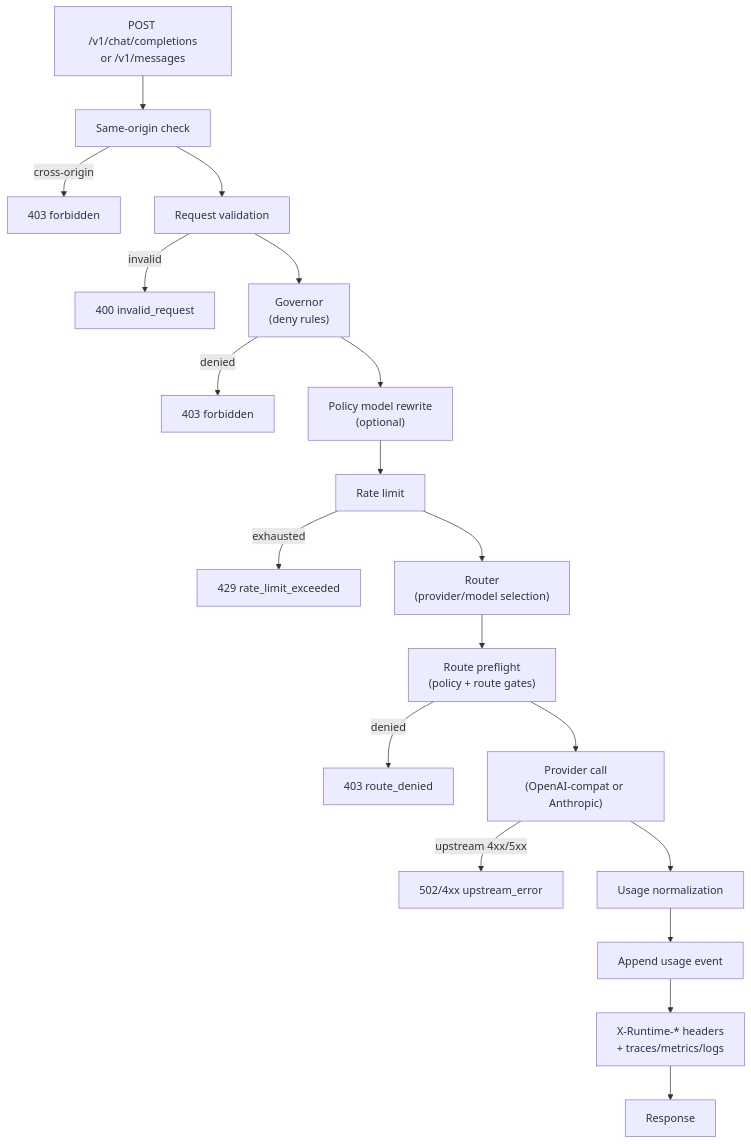
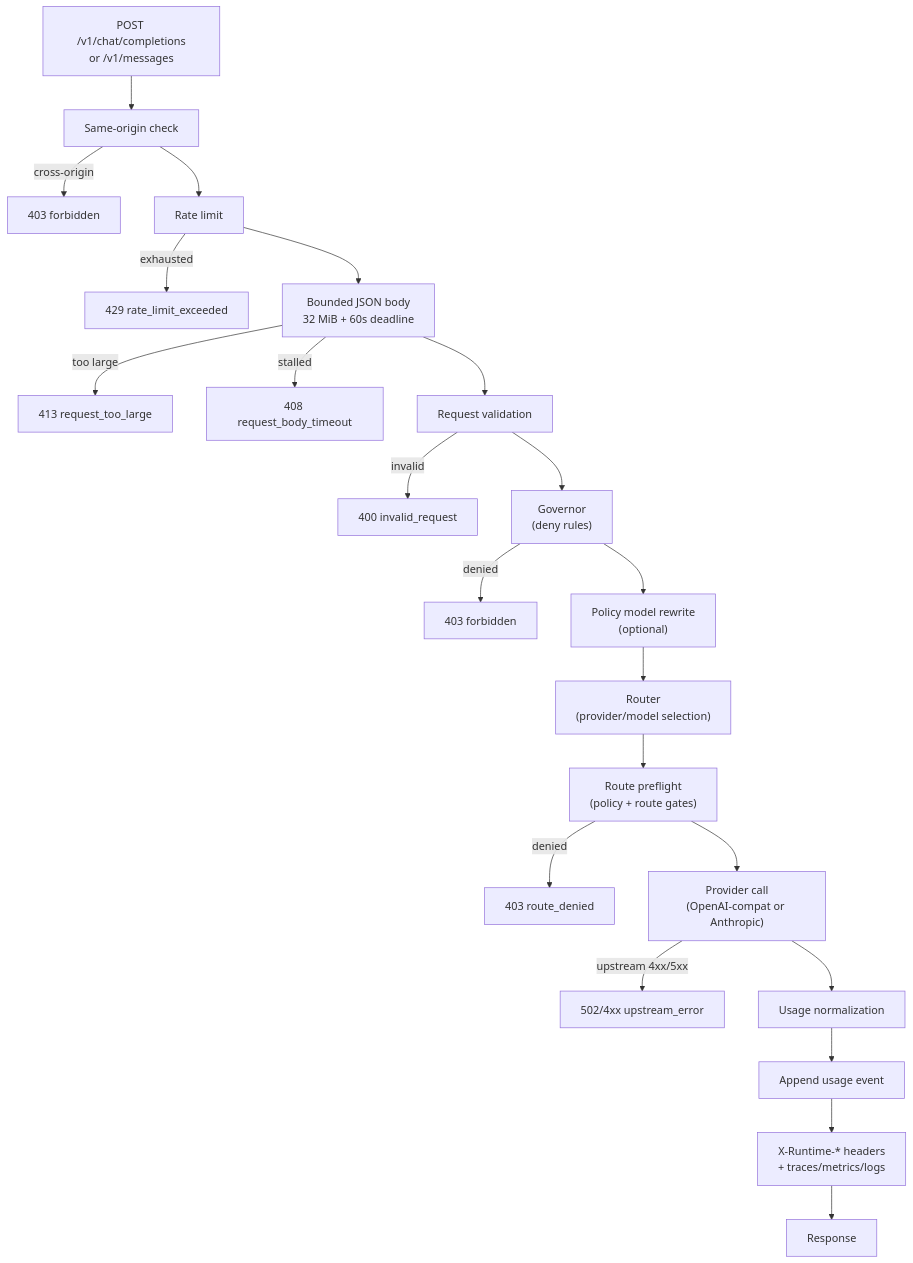
Before and after one commit to hecatehq/hecate: the first of 5 diagrams in docs/contributor/architecture.md, drawn with Mermaid. The commit also changed other lines of this file and 361 other files, not shown here.

````diff
--- a/docs/contributor/architecture.md
+++ b/docs/contributor/architecture.md
@@ -20,21 +22,24 @@
 ```mermaid
 flowchart TD
     Caller["POST /v1/chat/completions<br/>or /v1/messages"] --> SameOrigin["Same-origin check"]
     SameOrigin -->|"cross-origin"| ErrOrigin["403 forbidden"]
-    SameOrigin --> Validate["Request validation"]
+    SameOrigin --> RateLimit["Rate limit"]
+    RateLimit -->|"exhausted"| ErrRateLimit["429 rate_limit_exceeded"]
+    RateLimit --> BodyRead["Bounded JSON body<br/>32 MiB + 60s deadline"]
+    BodyRead -->|"too large"| ErrBodySize["413 request_too_large"]
+    BodyRead -->|"stalled"| ErrBodyTimeout["408 request_body_timeout"]
+    BodyRead --> Validate["Request validation"]
     Validate -->|"invalid"| ErrInvalid["400 invalid_request"]
     Validate --> Governor["Governor<br/>(deny rules)"]
     Governor -->|"denied"| ErrDenied["403 forbidden"]
     Governor --> Rewrite["Policy model rewrite<br/>(optional)"]
-    Rewrite --> RateLimit["Rate limit"]
-    RateLimit -->|"exhausted"| ErrRateLimit["429 rate_limit_exceeded"]
-    RateLimit --> Router["Router<br/>(provider/model selection)"]
+    Rewrite --> Router["Router<br/>(provider/model selection)"]
     Router --> Preflight["Route preflight<br/>(policy + route gates)"]
     Preflight -->|"denied"| ErrRoute["403 route_denied"]
     Preflight --> Provider["Provider call<br/>(OpenAI-compat or Anthropic)"]
     Provider -->|"upstream 4xx/5xx"| ErrUpstream["502/4xx upstream_error"]
     Provider --> Usage["Usage normalization"]
     Usage --> RecordUsage["Append usage event"]
     RecordUsage --> Telemetry["X-Runtime-* headers<br/>+ traces/metrics/logs"]
     Telemetry --> Response["Response"]
 ```
````
